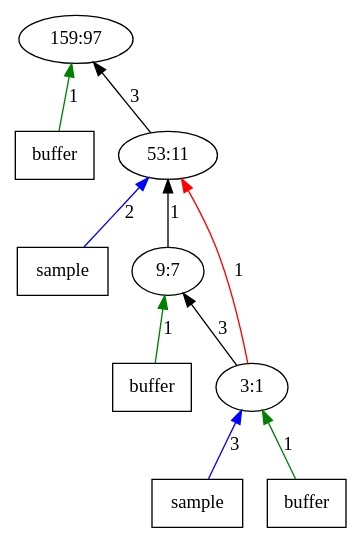
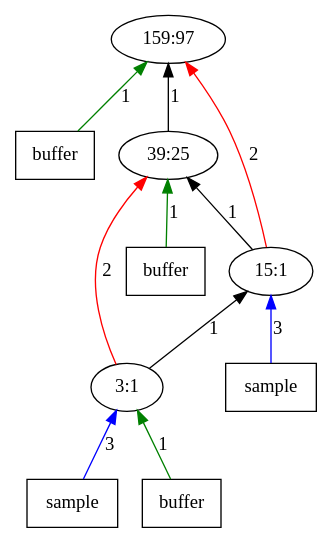
Before and after one commit to AbhikKhan/MTP_IITG: the diagram in outputTrees/op97.dot, drawn with Graphviz. The commit also changed 680 other files, not shown here.

```diff
--- a/outputTrees/op97.dot
+++ b/outputTrees/op97.dot
@@ -1,21 +1,22 @@
 digraph Tree{
 	rankdir="BT"
 	x12 -> 1 [label = "1", color = "green"];
 	x12 [label = "buffer", shape = "box"];
 	1 [label = "159:97"];
-	2 -> 1 [label = "3", color = "black"];
-	x21 -> 2 [label = "2", color = "blue"];
-	x21 [label = "sample", shape = "box"];
-	2 [label = "53:11"];
+	x22 -> 2 [label = "1", color = "green"];
+	x22 [label = "buffer", shape = "box"];
+	2 -> 1 [label = "1", color = "black"];
+	2 [label = "39:25"];
+	3 -> 1 [label = "2", color = "red"];
 	3 -> 2 [label = "1", color = "black"];
-	x32 -> 3 [label = "1", color = "green"];
-	x32 [label = "buffer", shape = "box"];
-	3 [label = "9:7"];
-	4 -> 3 [label = "3", color = "black"];
-	4 -> 2 [label = "1", color = "red"];
+	x31 -> 3 [label = "3", color = "blue"];
+	x31 [label = "sample", shape = "box"];
+	3 [label = "15:1"];
+	4 -> 2 [label = "2", color = "red"];
+	4 -> 3 [label = "1", color = "black"];
 	x41 -> 4 [label = "3", color = "blue"];
 	x41 [label = "sample", shape = "box"];
 	x42 -> 4 [label = "1", color = "green"];
 	x42 [label = "buffer", shape = "box"];
 	4 [label = "3:1"];
 }
```
